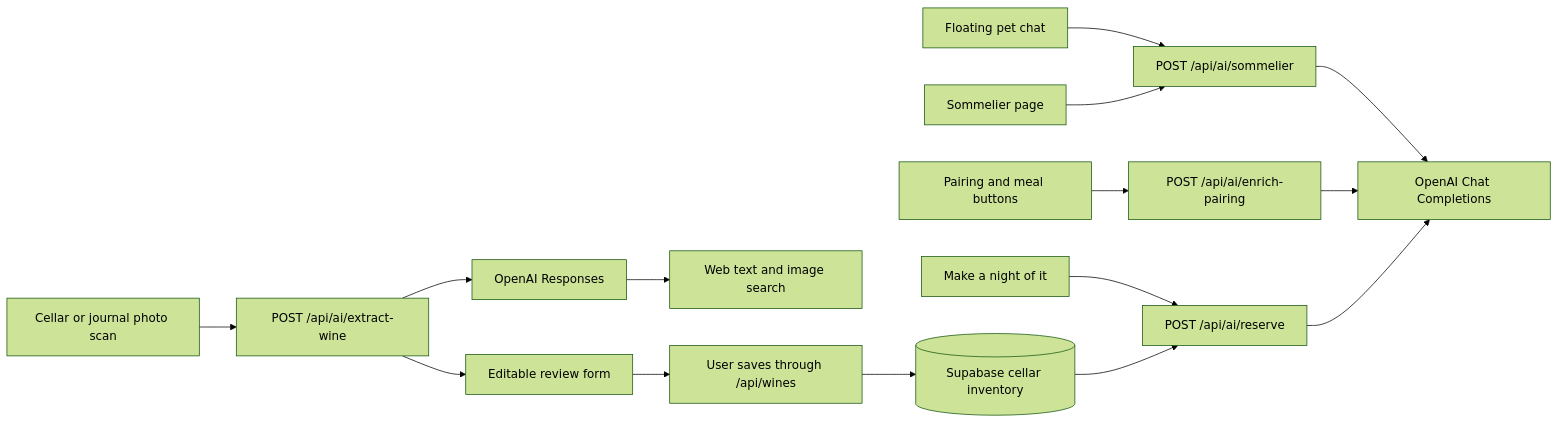
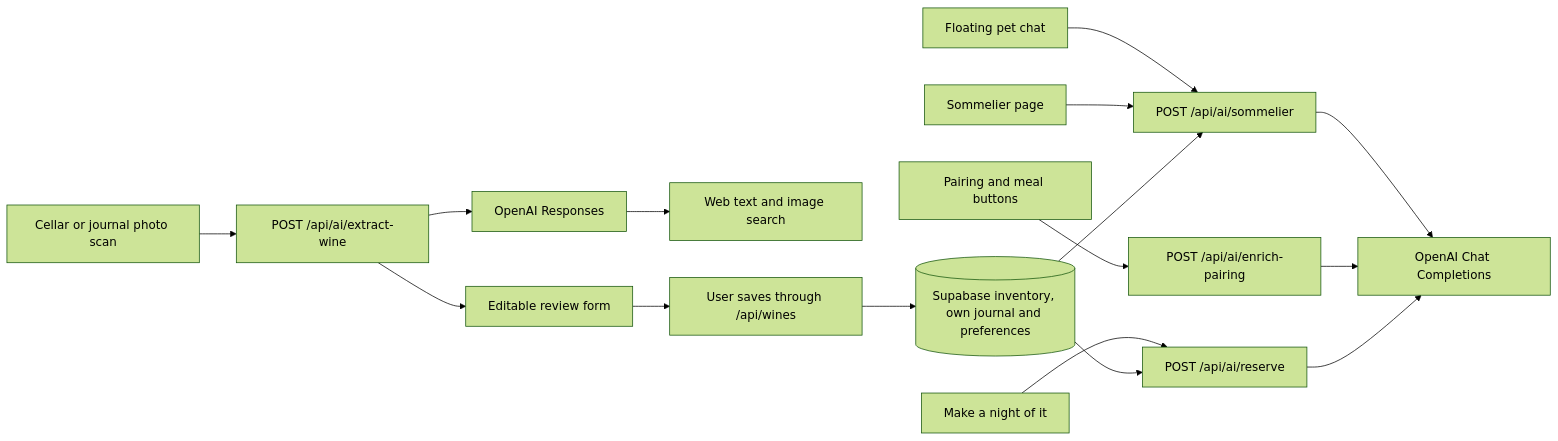
One commit to fellot/flint changed the diagram in docs/ai-integrations.md. Above: the diagram before and after it, drawn with Mermaid (forest theme). The commit also changed other lines of this file and 17 other files, not shown here.

````diff
--- a/docs/ai-integrations.md
+++ b/docs/ai-integrations.md
@@ -25,17 +25,18 @@
 ```mermaid
 flowchart LR
   Pet["Floating pet chat"] --> Chat["POST /api/ai/sommelier"]
   Page["Sommelier page"] --> Chat
   Edit["Pairing and meal buttons"] --> Pair["POST /api/ai/enrich-pairing"]
   Tonight["Make a night of it"] --> Reserve["POST /api/ai/reserve"]
   Photo["Cellar or journal photo scan"] --> Scan["POST /api/ai/extract-wine"]
   Chat --> Completions["OpenAI Chat Completions"]
   Pair --> Completions
   Reserve --> Completions
-  DB[("Supabase cellar inventory")] --> Reserve
+  DB[("Supabase inventory, own journal and preferences")] --> Reserve
+  DB --> Chat
   Scan --> Responses["OpenAI Responses"]
   Responses --> Search["Web text and image search"]
   Scan --> Review["Editable review form"]
   Review --> Save["User saves through /api/wines"]
   Save --> DB
 ```
````
